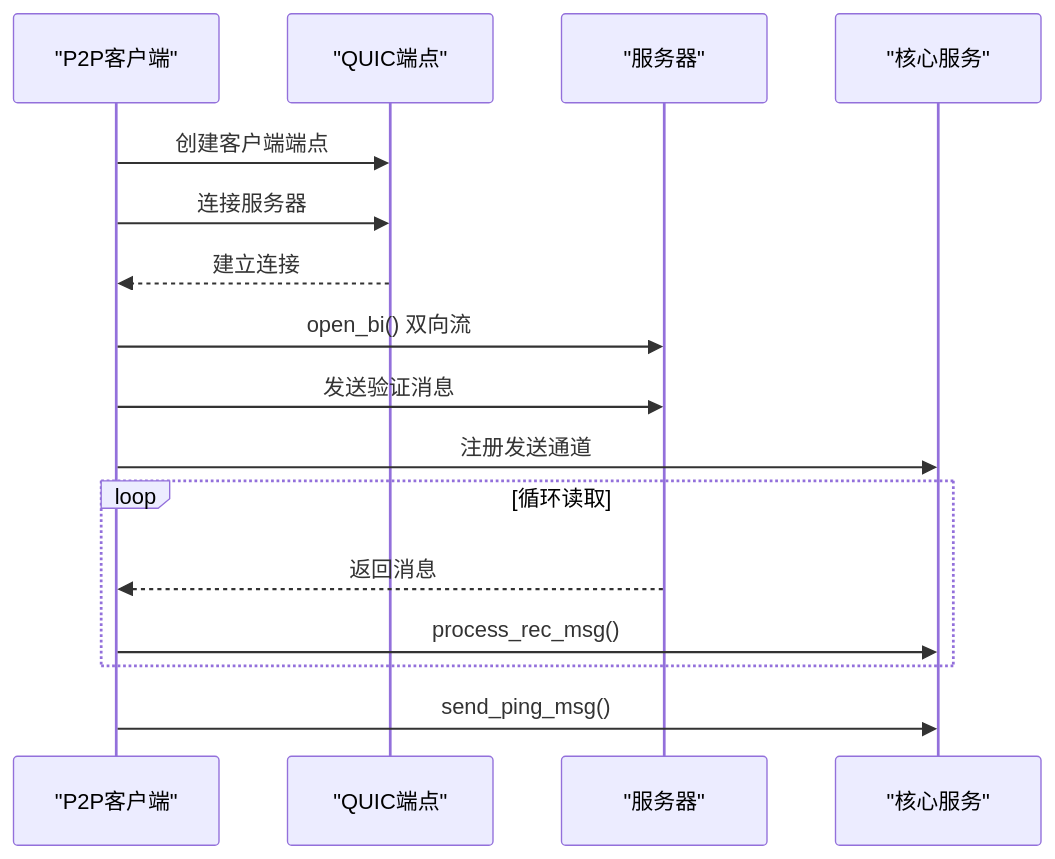
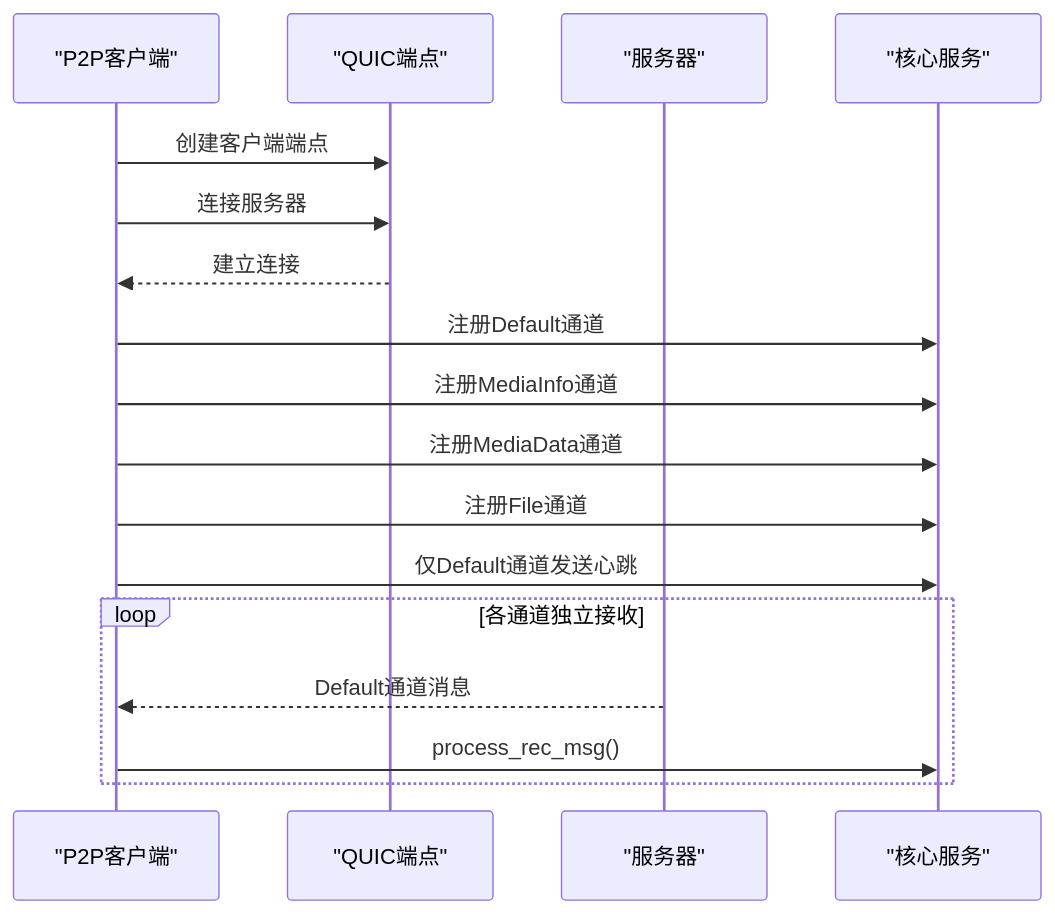
The sixth of 13 diagrams in .qoder/repowiki/zh/content/后端服务/P2P服务.md (nicolastinger/only-talk-app), drawn with Mermaid before and after one commit. The commit also changed other lines of this file and 12 other files, not shown here.

````diff
--- a/.qoder/repowiki/zh/content/后端服务/P2P服务.md
+++ b/.qoder/repowiki/zh/content/后端服务/P2P服务.md
@@ -235,18 +305,19 @@
 ```mermaid
 sequenceDiagram
 participant CLI as "P2P客户端"
 participant EP as "QUIC端点"
 participant SRV as "服务器"
 participant CORE as "核心服务"
 CLI->>EP : 创建客户端端点
 CLI->>EP : 连接服务器
 EP-->>CLI : 建立连接
-CLI->>SRV : open_bi() 双向流
-CLI->>SRV : 发送验证消息
-CLI->>CORE : 注册发送通道
-loop 循环读取
-SRV-->>CLI : 返回消息
+CLI->>CORE : 注册Default通道
+CLI->>CORE : 注册MediaInfo通道
+CLI->>CORE : 注册MediaData通道
+CLI->>CORE : 注册File通道
+CLI->>CORE : 仅Default通道发送心跳
+loop 各通道独立接收
+SRV-->>CLI : Default通道消息
 CLI->>CORE : process_rec_msg()
 end
-CLI->>CORE : send_ping_msg()
 ```
````
